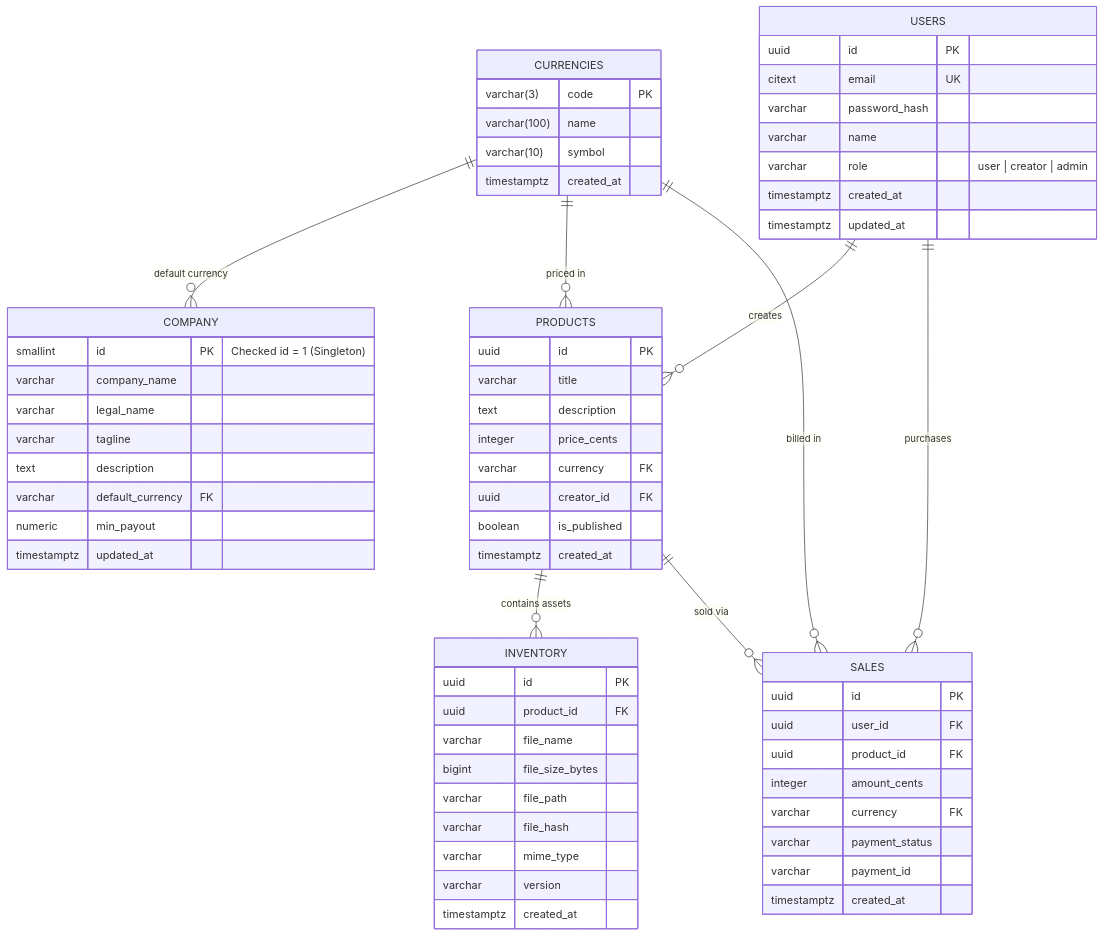
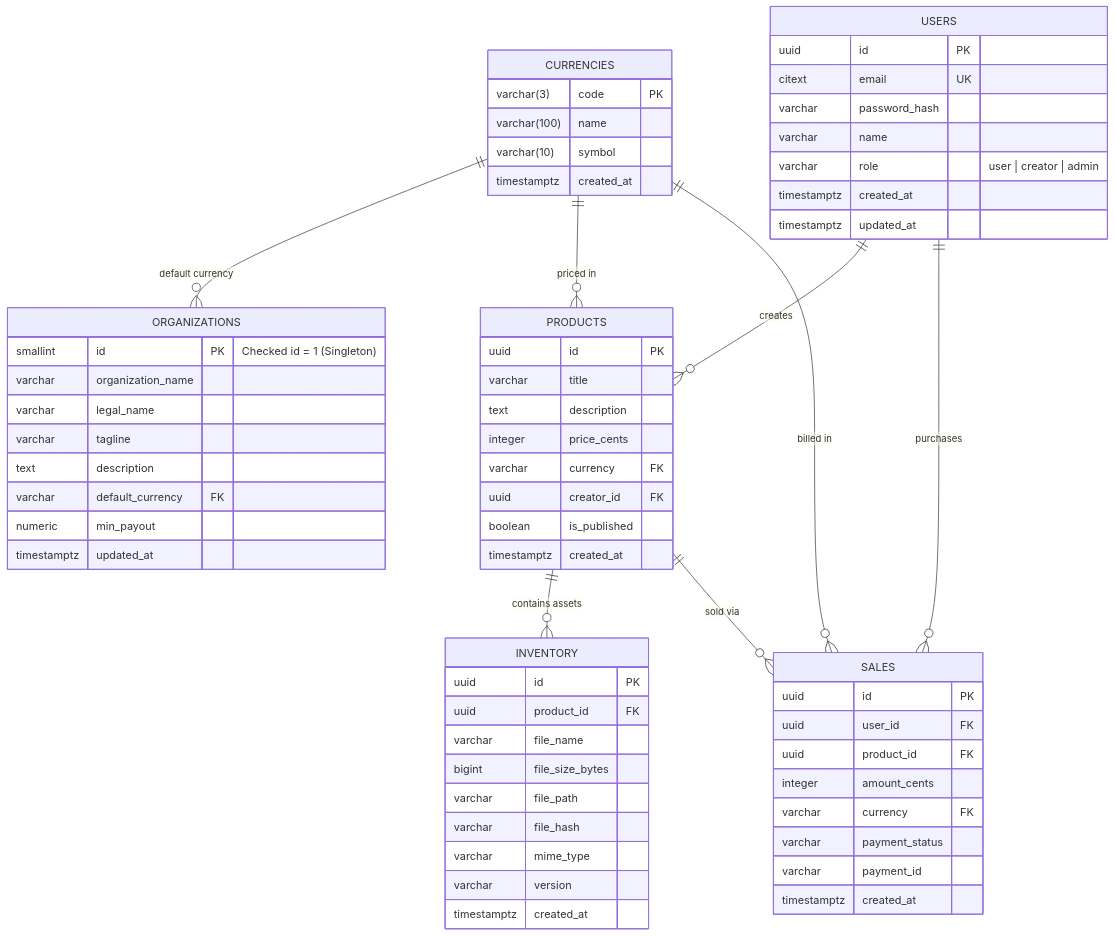
One commit to majid-superior/sell-digital-assets-api changed the third of 3 diagrams in ARCHITECTURE.md. Above: the diagram before and after it, drawn with Mermaid. The commit also changed other lines of this file and 29 other files, not shown here.

````diff
--- a/ARCHITECTURE.md
+++ b/ARCHITECTURE.md
@@ -119,72 +119,72 @@
 ```mermaid
 erDiagram
     CURRENCIES {
         varchar(3) code PK
         varchar(100) name
         varchar(10) symbol
         timestamptz created_at
     }
 
-    COMPANY {
+    ORGANIZATIONS {
         smallint id PK "Checked id = 1 (Singleton)"
-        varchar company_name
+        varchar organization_name
         varchar legal_name
         varchar tagline
         text description
         varchar default_currency FK
         numeric min_payout
         timestamptz updated_at
     }
 
     USERS {
         uuid id PK
         citext email UK
         varchar password_hash
         varchar name
         varchar role "user | creator | admin"
         timestamptz created_at
         timestamptz updated_at
     }
 
     PRODUCTS {
         uuid id PK
         varchar title
         text description
         integer price_cents
         varchar currency FK
         uuid creator_id FK
         boolean is_published
         timestamptz created_at
     }
 
     INVENTORY {
         uuid id PK
         uuid product_id FK
         varchar file_name
         bigint file_size_bytes
         varchar file_path
         varchar file_hash
         varchar mime_type
         varchar version
         timestamptz created_at
     }
 
     SALES {
         uuid id PK
         uuid user_id FK
         uuid product_id FK
         integer amount_cents
         varchar currency FK
         varchar payment_status
         varchar payment_id
         timestamptz created_at
     }
 
-    CURRENCIES ||--o{ COMPANY : "default currency"
+    CURRENCIES ||--o{ ORGANIZATIONS : "default currency"
     CURRENCIES ||--o{ PRODUCTS : "priced in"
     CURRENCIES ||--o{ SALES : "billed in"
     USERS ||--o{ PRODUCTS : "creates"
     USERS ||--o{ SALES : "purchases"
     PRODUCTS ||--o{ INVENTORY : "contains assets"
     PRODUCTS ||--o{ SALES : "sold via"
 ```
````
